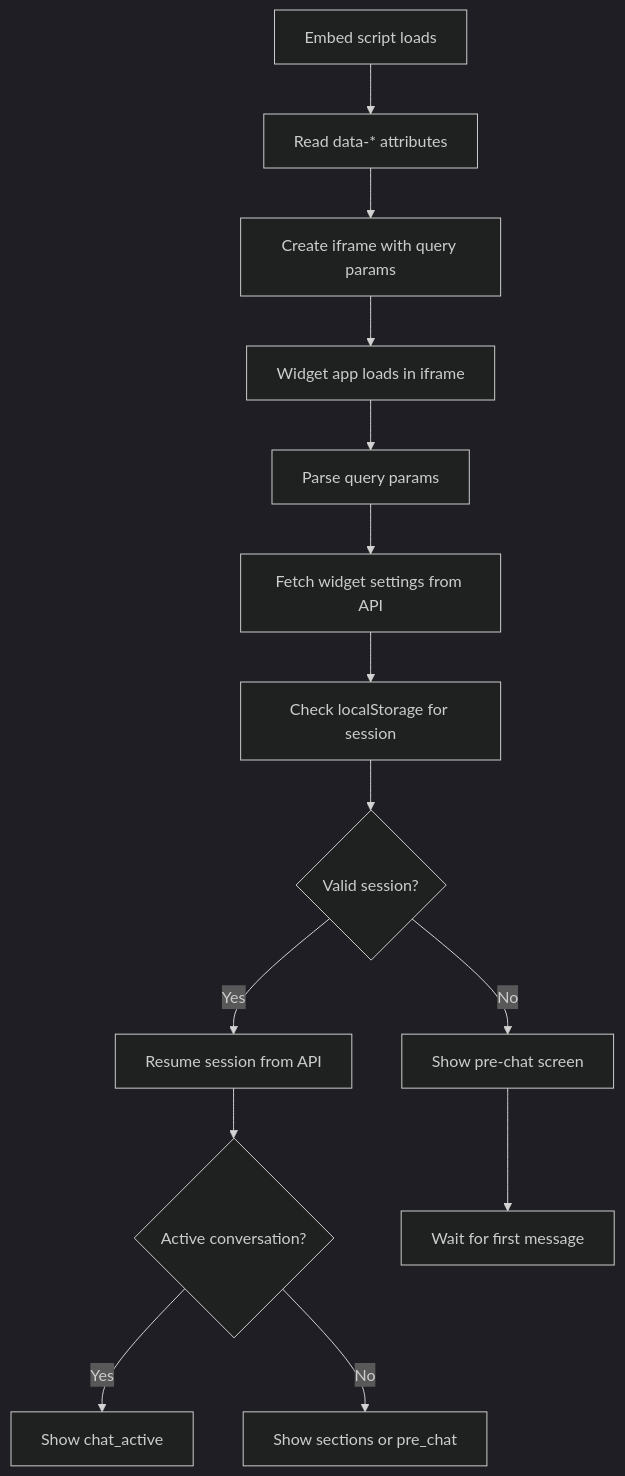
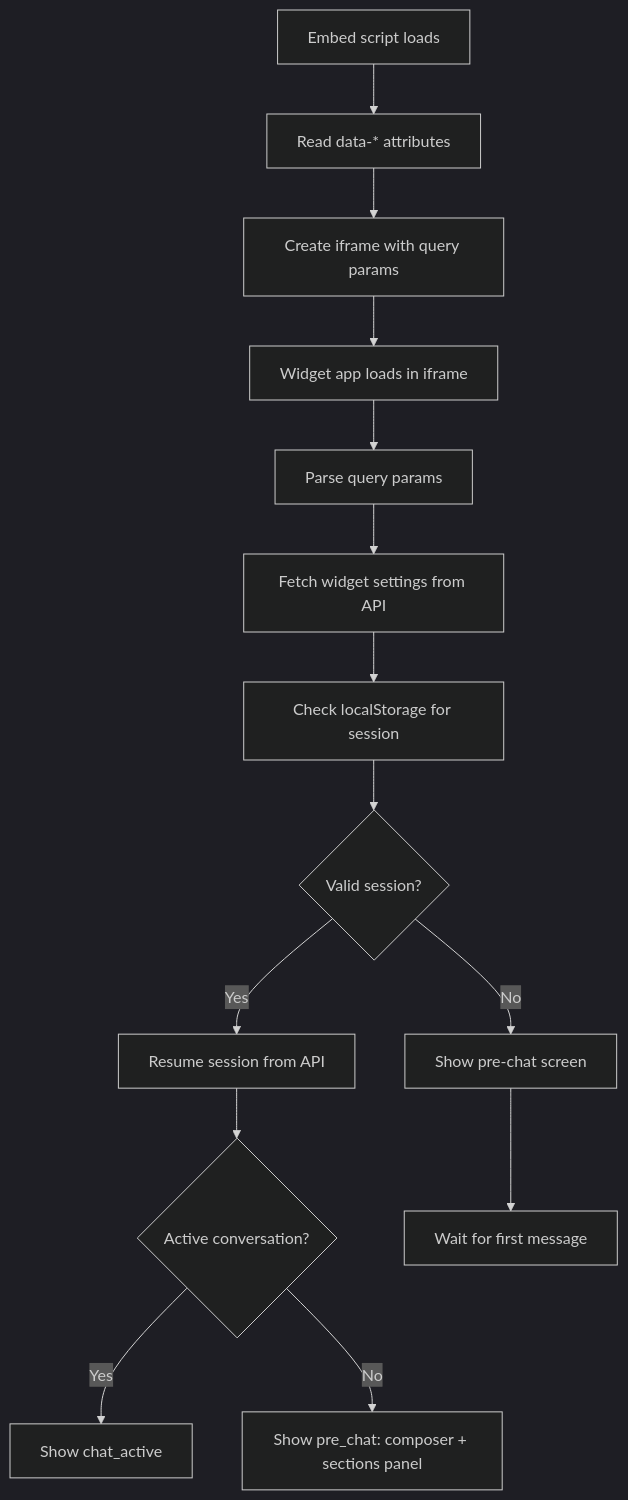
One commit to kidane-gebremedhin/resolve-ai changed the second of 2 diagrams in __specs/09-widget-state-machine.md. Above: the diagram before and after it, drawn with Mermaid (dark theme). The commit also changed other lines of this file and 5 other files, not shown here.

````diff
--- a/__specs/09-widget-state-machine.md
+++ b/__specs/09-widget-state-machine.md
@@ -257,16 +265,16 @@
 ```mermaid
 flowchart TD
     A[Embed script loads] --> B[Read data-* attributes]
     B --> C[Create iframe with query params]
     C --> D[Widget app loads in iframe]
     D --> E[Parse query params]
     E --> F[Fetch widget settings from API]
     F --> G[Check localStorage for session]
     G --> H{Valid session?}
     H -->|Yes| I[Resume session from API]
     H -->|No| J[Show pre-chat screen]
     I --> K{Active conversation?}
     K -->|Yes| L[Show chat_active]
-    K -->|No| M[Show sections or pre_chat]
+    K -->|No| M[Show pre_chat: composer + sections panel]
     J --> N[Wait for first message]
 ```
````
